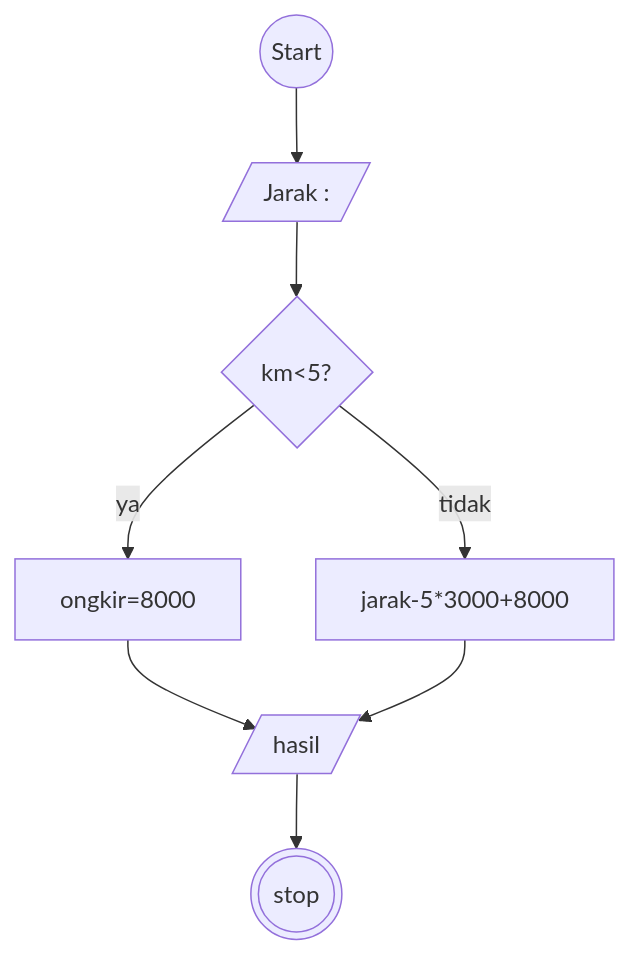
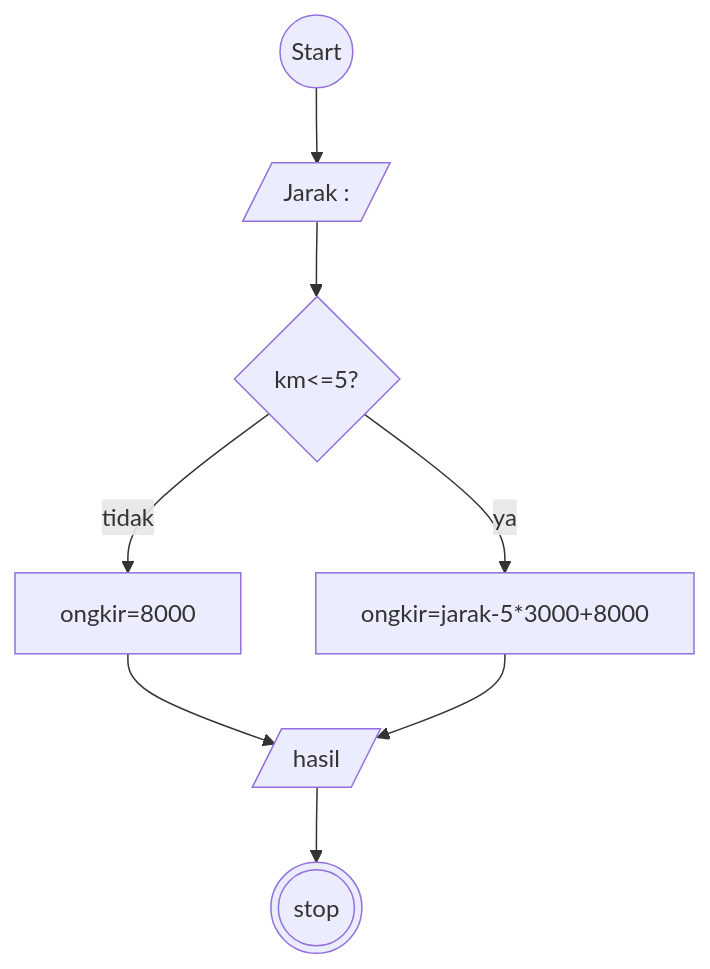
The diagram in minitask8.md (hilmy07/koda-b4-algoritma), drawn with Mermaid before and after one commit.

````diff
--- a/minitask8.md
+++ b/minitask8.md
@@ -3,12 +3,12 @@
 ```mermaid
 flowchart TD;
 
 strt((Start))-->km[/Jarak : /]
-km-->dcs{km<5?};
-dcs--ya-->hsl1[ongkir=8000];
-dcs--tidak-->hsl2[jarak-5*3000+8000];
+km-->dcs{km<=5?};
+dcs--ya-->hsl2[ongkir=jarak-5*3000+8000];
+dcs--tidak-->hsl1[ongkir=8000];
 hsl1-->total[/hasil/];
 hsl2-->total[/hasil/];
 total[/hasil/]-->stp(((stop)));
 
 ```
````
